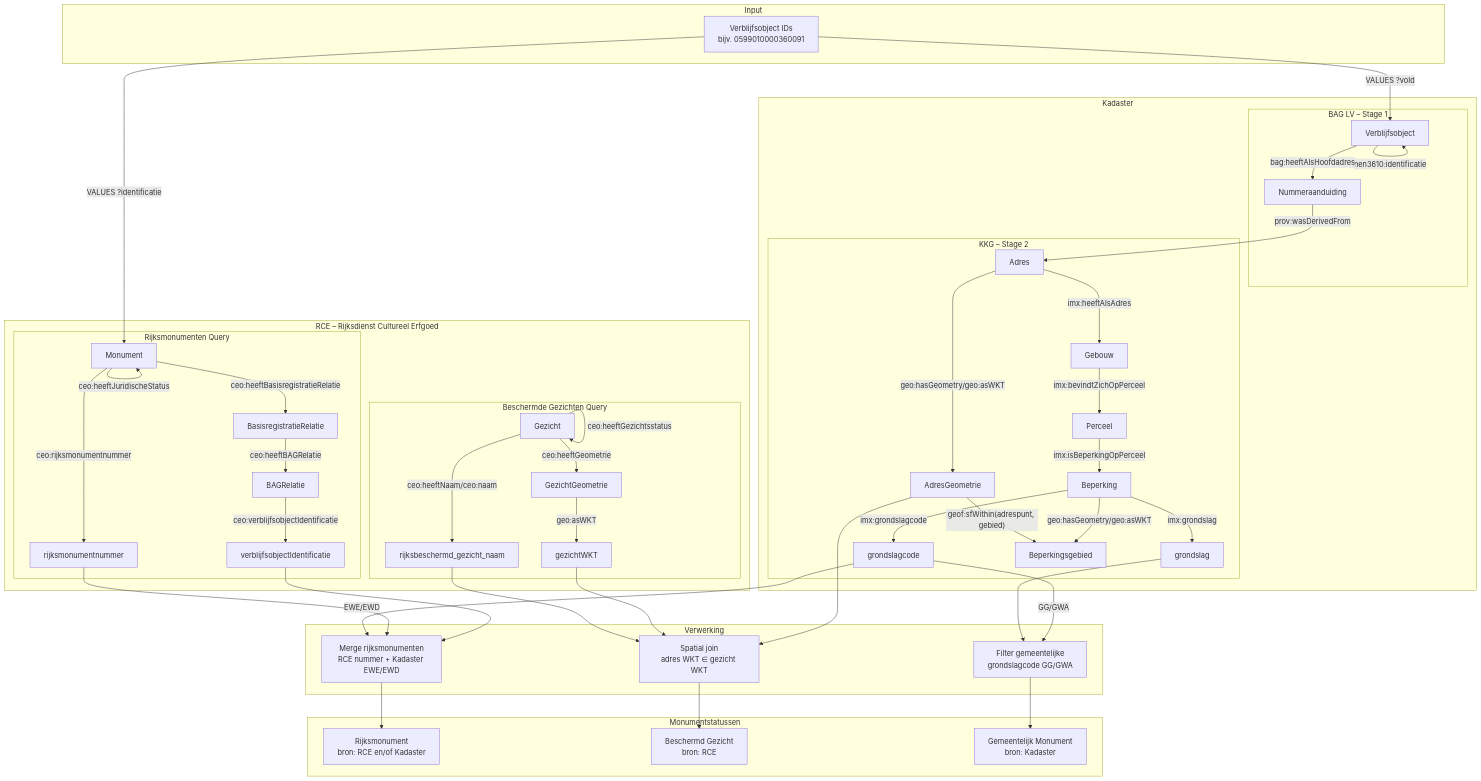
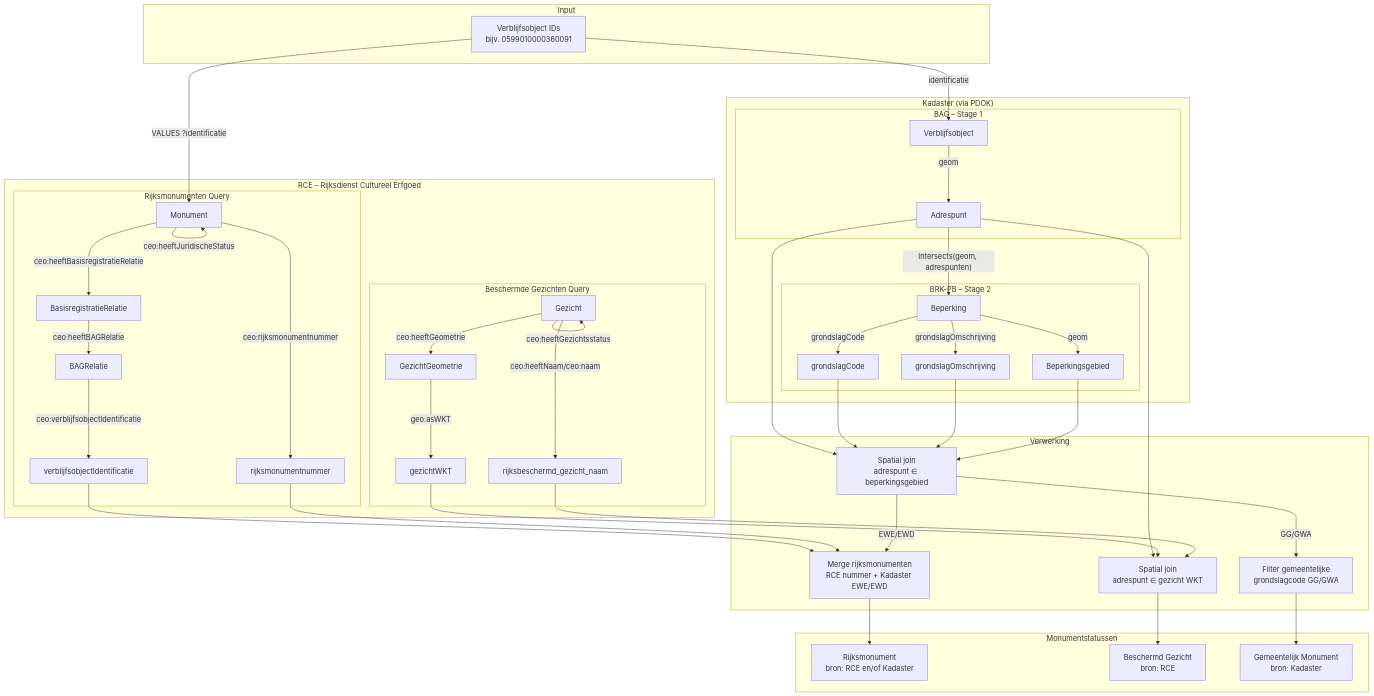
One commit to woonstadrotterdam/monumenten changed the diagram in README.md. Above: the diagram before and after it, drawn with Mermaid. The commit also changed other lines of this file and 6 other files, not shown here.

First line of the commit message:
fix: haal Kadaster-gegevens op via PDOK in plaats van BAG LV en KKG

```diff
--- a/README.md
+++ b/README.md
@@ -72,21 +72,17 @@
     %% ========================
     %% KADASTER
     %% ========================
-    subgraph Kadaster["Kadaster"]
+    subgraph Kadaster["Kadaster (via PDOK)"]
 
-        subgraph BAG["BAG LV – Stage 1"]
+        subgraph BAG["BAG – Stage 1"]
             B1["Verblijfsobject"]
-            B2["Nummeraanduiding"]
+            B2["Adrespunt"]
         end
 
-        subgraph KKG["KKG – Stage 2"]
-            K1["Adres"]
-            K2["AdresGeometrie"]
-            K3["Gebouw"]
-            K4["Perceel"]
+        subgraph BRKPB["BRK-PB – Stage 2"]
             K5["Beperking"]
-            K6["grondslagcode"]
-            K7["grondslag"]
+            K6["grondslagCode"]
+            K7["grondslagOmschrijving"]
             K8["Beperkingsgebied"]
         end
 
@@ -96,8 +92,9 @@
     %% PROCESSING
     %% ========================
     subgraph Processing["Verwerking"]
+        P0["Spatial join<br>adrespunt ∈ beperkingsgebied"]
         P1["Merge rijksmonumenten<br>RCE nummer + Kadaster EWE/EWD"]
-        P2["Spatial join<br>adres WKT ∈ gezicht WKT"]
+        P2["Spatial join<br>adrespunt ∈ gezicht WKT"]
         P3["Filter gemeentelijke<br>grondslagcode GG/GWA"]
     end
 
@@ -129,30 +126,27 @@
     G2 -->|"geo:asWKT"| G3
 
     %% Kadaster BAG
-    A -->|"VALUES ?voId"| B1
-    B1 -->|"nen3610:identificatie"| B1
-    B1 -->|"bag:heeftAlsHoofdadres"| B2
+    A -->|"identificatie"| B1
+    B1 -->|"geom"| B2
 
-    %% Kadaster KKG
-    B2 -->|"prov:wasDerivedFrom"| K1
-    K1 -->|"geo:hasGeometry/geo:asWKT"| K2
-    K1 -->|"imx:heeftAlsAdres"| K3
-    K3 -->|"imx:bevindtZichOpPerceel"| K4
-    K4 -->|"imx:isBeperkingOpPerceel"| K5
-    K5 -->|"imx:grondslagcode"| K6
-    K5 -->|"imx:grondslag"| K7
-    K5 -->|"geo:hasGeometry/geo:asWKT"| K8
-    K2 -->|"geof:sfWithin(adrespunt, gebied)"| K8
+    %% Kadaster BRK-PB
+    B2 -->|"Intersects(geom, adrespunten)"| K5
+    K5 -->|"grondslagCode"| K6
+    K5 -->|"grondslagOmschrijving"| K7
+    K5 -->|"geom"| K8
 
     %% Processing
+    B2 --> P0
+    K6 --> P0
+    K7 --> P0
+    K8 --> P0
     R4 --> P1
     R5 --> P1
-    K6 -->|"EWE/EWD"| P1
-    K2 --> P2
+    P0 -->|"EWE/EWD"| P1
+    B2 --> P2
     G3 --> P2
     G4 --> P2
-    K6 -->|"GG/GWA"| P3
-    K7 --> P3
+    P0 -->|"GG/GWA"| P3
 
     %% Output
     P1 --> O1
```
